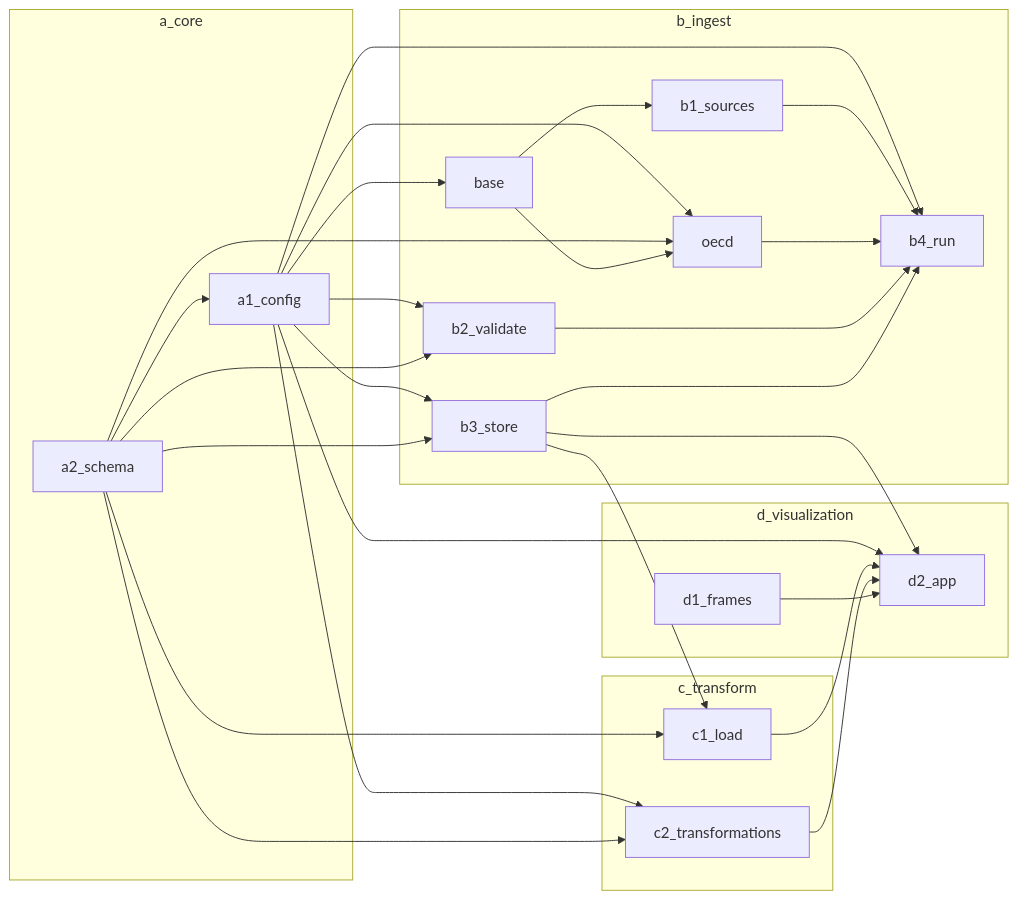
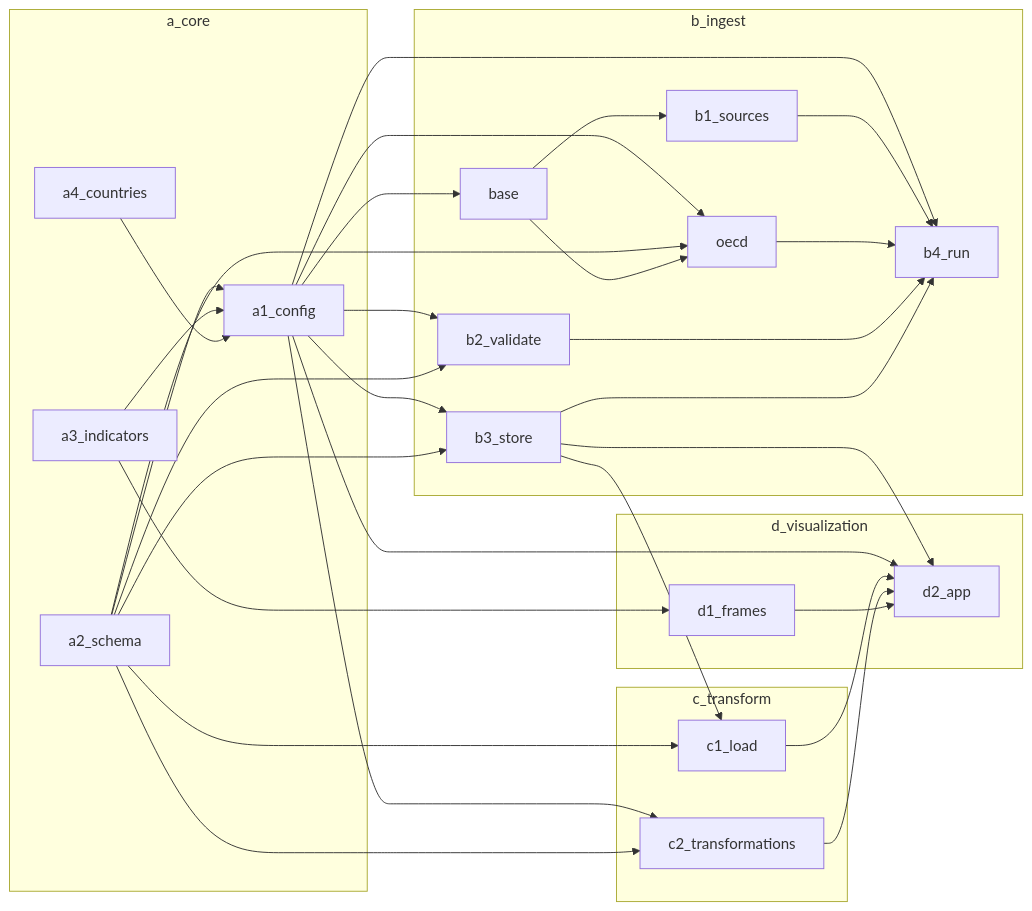
One commit to bsawyerg15/MacroScan changed the first of 15 diagrams in docs/architecture.md. Above: the diagram before and after it, drawn with Mermaid. The commit also changed other lines of this file and 19 other files, not shown here.

````diff
--- a/docs/architecture.md
+++ b/docs/architecture.md
@@ -7,59 +7,66 @@
 ```mermaid
 flowchart LR
   subgraph a_core
     a_core_a1_config["a1_config"]
     a_core_a2_schema["a2_schema"]
+    a_core_a3_indicators["a3_indicators"]
+    a_core_a4_countries["a4_countries"]
   end
   subgraph b_ingest
     b_ingest_b1_sources["b1_sources"]
     b_ingest_b1_sources_base["base"]
     b_ingest_b1_sources_oecd["oecd"]
     b_ingest_b2_validate["b2_validate"]
     b_ingest_b3_store["b3_store"]
     b_ingest_b4_run["b4_run"]
   end
   subgraph c_transform
     c_transform_c1_load["c1_load"]
     c_transform_c2_transformations["c2_transformations"]
   end
   subgraph d_visualization
     d_visualization_d1_frames["d1_frames"]
     d_visualization_d2_app["d2_app"]
   end
   a_core_a2_schema --> a_core_a1_config
+  a_core_a3_indicators --> a_core_a1_config
+  a_core_a4_countries --> a_core_a1_config
   b_ingest_b1_sources_base --> b_ingest_b1_sources
   a_core_a1_config --> b_ingest_b1_sources_base
   a_core_a1_config --> b_ingest_b1_sources_oecd
   a_core_a2_schema --> b_ingest_b1_sources_oecd
   b_ingest_b1_sources_base --> b_ingest_b1_sources_oecd
   a_core_a1_config --> b_ingest_b2_validate
   a_core_a2_schema --> b_ingest_b2_validate
   a_core_a1_config --> b_ingest_b3_store
   a_core_a2_schema --> b_ingest_b3_store
   a_core_a1_config --> b_ingest_b4_run
   b_ingest_b1_sources --> b_ingest_b4_run
   b_ingest_b1_sources_oecd --> b_ingest_b4_run
   b_ingest_b2_validate --> b_ingest_b4_run
   b_ingest_b3_store --> b_ingest_b4_run
   a_core_a2_schema --> c_transform_c1_load
   b_ingest_b3_store --> c_transform_c1_load
   a_core_a1_config --> c_transform_c2_transformations
   a_core_a2_schema --> c_transform_c2_transformations
+  a_core_a3_indicators --> d_visualization_d1_frames
   a_core_a1_config --> d_visualization_d2_app
   b_ingest_b3_store --> d_visualization_d2_app
   c_transform_c1_load --> d_visualization_d2_app
   c_transform_c2_transformations --> d_visualization_d2_app
   d_visualization_d1_frames --> d_visualization_d2_app
   click a_core_a1_config href "#mod-a_core-a1_config"
   click a_core_a2_schema href "#mod-a_core-a2_schema"
+  click a_core_a3_indicators href "#mod-a_core-a3_indicators"
+  click a_core_a4_countries href "#mod-a_core-a4_countries"
   click b_ingest_b1_sources href "#mod-b_ingest-b1_sources"
   click b_ingest_b1_sources_base href "#mod-b_ingest-b1_sources-base"
   click b_ingest_b1_sources_oecd href "#mod-b_ingest-b1_sources-oecd"
   click b_ingest_b2_validate href "#mod-b_ingest-b2_validate"
   click b_ingest_b3_store href "#mod-b_ingest-b3_store"
   click b_ingest_b4_run href "#mod-b_ingest-b4_run"
   click c_transform_c1_load href "#mod-c_transform-c1_load"
   click c_transform_c2_transformations href "#mod-c_transform-c2_transformations"
   click d_visualization_d1_frames href "#mod-d_visualization-d1_frames"
   click d_visualization_d2_app href "#mod-d_visualization-d2_app"
 ```
````
